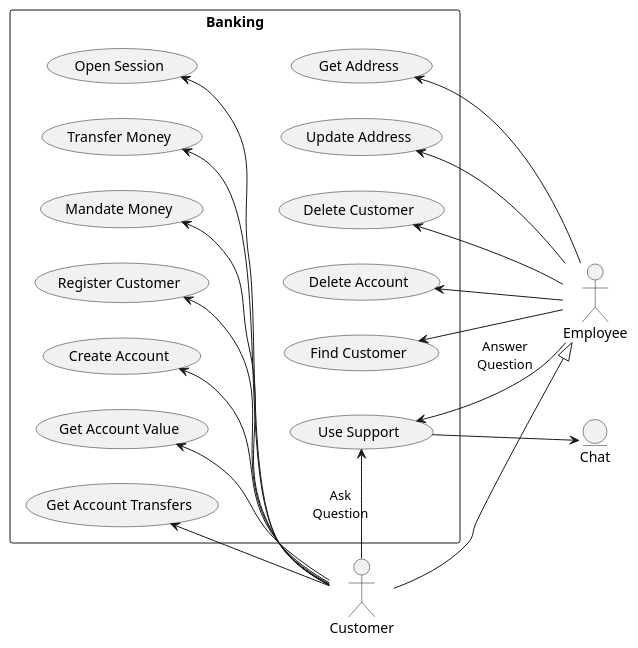
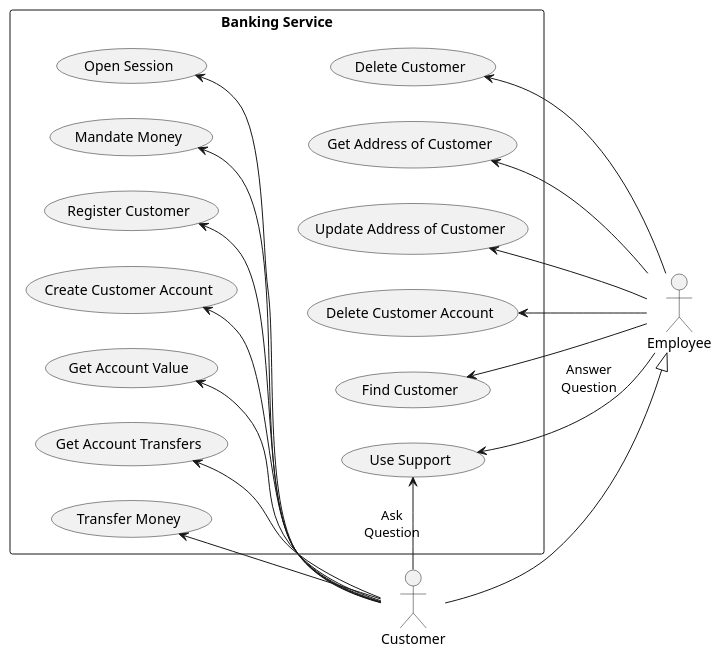
Before and after one commit to SteffBauer/sw_project: the diagram in documentation/diagrams/DiagramUseCase_BankingService.puml, drawn with PlantUML. The commit also changed 1 other file, not shown here.

Commit message:
updated use case diagram

```diff
--- a/documentation/diagrams/DiagramUseCase_BankingService.puml
+++ b/documentation/diagrams/DiagramUseCase_BankingService.puml
@@ -1,75 +1,75 @@
 @startuml
 
 left to right direction
 skinparam monochrome true
 
 actor "Customer" as c
 actor "Employee" as e
 
 e <|-up- c
 
-entity "Chat" as chat
+'entity "Chat" as chat
 
 
-rectangle Banking {
+rectangle "Banking Service" as Banking {
 
   usecase "Register Customer" as uc11
   usecase "Find Customer" as uc12
   usecase "Delete Customer" as uc13
-  usecase "Get Address" as uc14
-  usecase "Update Address" as uc15
-  usecase "Create Account" as uc16
-  usecase "Delete Account" as uc17
+  usecase "Get Address of Customer" as uc14
+  usecase "Update Address of Customer" as uc15
+  usecase "Create Customer Account" as uc16
+  usecase "Delete Customer Account" as uc17
 
   usecase "Open Session" as uc21
 
   usecase "Use Support" as uc31
 
 
   usecase "Get Account Value" as uc41
   usecase "Get Account Transfers" as uc42
   usecase "Transfer Money" as uc43
   usecase "Mandate Money" as uc44
 
 
 
 }
 
 ' Customer Service
 uc11 <-- c
 uc16 <-- c
 
 e --> uc12
 e --> uc13
 e --> uc14
 e --> uc15
 e --> uc17
 
 
 ' Session Service
 uc21 <-- c
 
 
 ' Support Service
-uc31 --> chat
+'uc31 --> chat
 uc31 <-- c : Ask\nQuestion
 e --> uc31 : Answer\nQuestion
 
 
 ' Banking Service
 uc41 <-- c
 uc42 <-- c
 uc43 <-- c
 uc44 <-- c
 
 ' Layout
 uc21 -[hidden]-> uc12
 uc21 -[hidden]-> uc13
 uc21 -[hidden]-> uc14
 uc21 -[hidden]-> uc15
 uc21 -[hidden]-> uc17
-uc31 -[hidden]> uc17
-e -[hidden]> chat
-chat -[hidden]> c
+uc44 -[hidden]-> uc31
+'e -[hidden]> chat
+'chat -[hidden]> c
 
 @enduml
```
